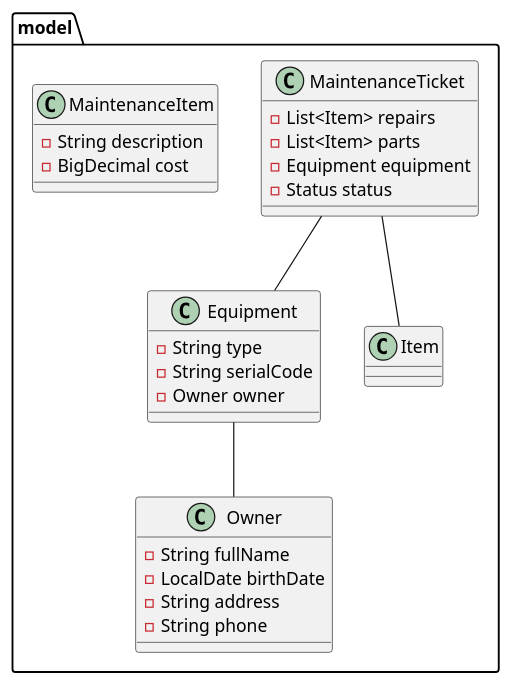
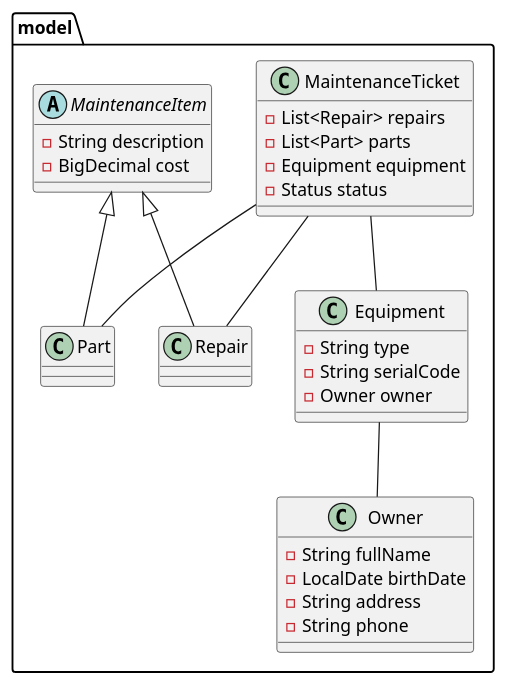
The second of 2 diagrams in README.md (radialserial/Mixer), drawn with PlantUML before and after one commit. The commit also changed other lines of this file, not shown here.

Commit message:
docs(README): split maintenance item into repairs and parts

````diff
--- a/README.md
+++ b/README.md
@@ -12,38 +13,43 @@
 ```plantuml
 @startuml
 
 package model {
 
     class Owner {
         - String fullName
         - LocalDate birthDate
         - String address
         - String phone
     }
 
     class Equipment {
         - String type
         - String serialCode
         - Owner owner
     }
 
     class MaintenanceTicket {
-        - List<Item> repairs
-        - List<Item> parts
+        - List<Repair> repairs
+        - List<Part> parts
         - Equipment equipment
         - Status status
     }
 
-    class MaintenanceItem {
+    abstract class MaintenanceItem {
         - String description
         - BigDecimal cost
     }
 
-    MaintenanceTicket -- Item
+    class Part extends MaintenanceItem { }
+
+    class Repair extends MaintenanceItem { }
+
+    MaintenanceTicket -- Part
+    MaintenanceTicket -- Repair
     MaintenanceTicket -- Equipment
     Equipment -- Owner
 
 }
 
 @enduml
 ```
````
